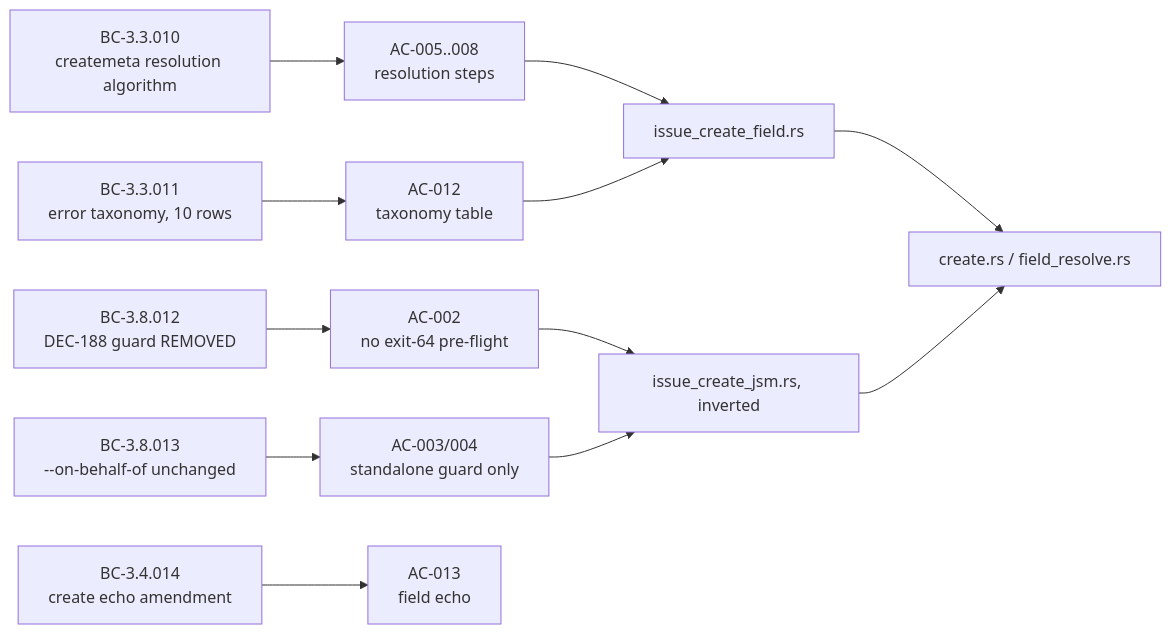
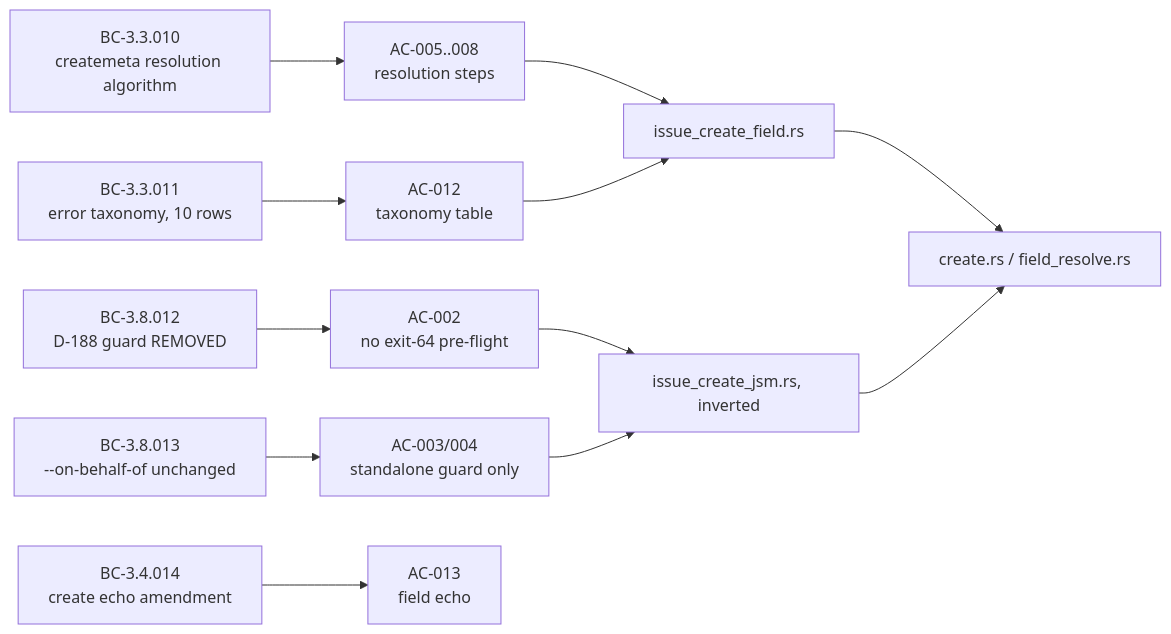
The third of 5 diagrams in code-delivery/S-578-4/pr-description.md (ArcavenAE/jira-cli), drawn with Mermaid before and after one commit. The commit also changed other lines of this file and 531 other files, not shown here.

````diff
--- a/code-delivery/S-578-4/pr-description.md
+++ b/code-delivery/S-578-4/pr-description.md
@@ -95,14 +95,14 @@
 ```mermaid
 flowchart LR
     BC1[BC-3.3.010<br/>createmeta resolution algorithm] --> AC5[AC-005..008<br/>resolution steps]
     BC2[BC-3.3.011<br/>error taxonomy, 10 rows] --> AC12[AC-012<br/>taxonomy table]
-    BC3[BC-3.8.012<br/>DEC-188 guard REMOVED] --> AC2[AC-002<br/>no exit-64 pre-flight]
+    BC3[BC-3.8.012<br/>D-188 guard REMOVED] --> AC2[AC-002<br/>no exit-64 pre-flight]
     BC4[BC-3.8.013<br/>--on-behalf-of unchanged] --> AC3[AC-003/004<br/>standalone guard only]
     BC5[BC-3.4.014<br/>create echo amendment] --> AC13[AC-013<br/>field echo]
     AC5 --> T1[issue_create_field.rs]
     AC12 --> T1
     AC2 --> T2[issue_create_jsm.rs, inverted]
     AC3 --> T2
     T1 --> Src[create.rs / field_resolve.rs]
     T2 --> Src
 ```
````
